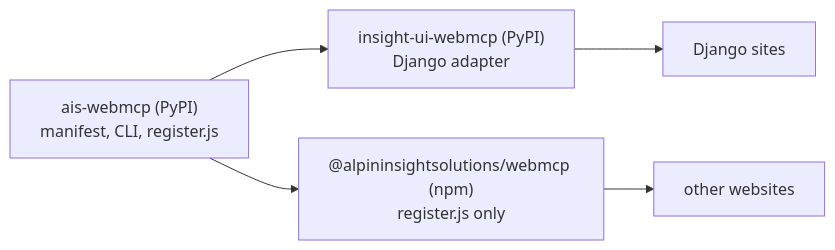
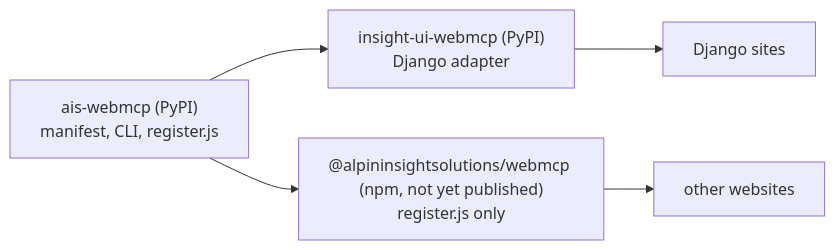
The diagram in README.md (alpininsight/ais-webmcp), drawn with Mermaid before and after one commit. The commit also changed other lines of this file and 1 other file, not shown here.

First line of the commit message:
docs(readme): public links, preview status and outputSchema extension for PyPI

````diff
--- a/README.md
+++ b/README.md
@@ -31,10 +44,10 @@
 ```mermaid
 flowchart LR
   Core["ais-webmcp (PyPI)<br/>manifest, CLI, register.js"]
   Django["insight-ui-webmcp (PyPI)<br/>Django adapter"]
-  NPM["@alpininsightsolutions/webmcp (npm)<br/>register.js only"]
+  NPM["@alpininsightsolutions/webmcp (npm, not yet published)<br/>register.js only"]
   Core --> Django
   Core --> NPM
   Django --> S1["Django sites"]
   NPM --> S2["other websites"]
 ```
````
